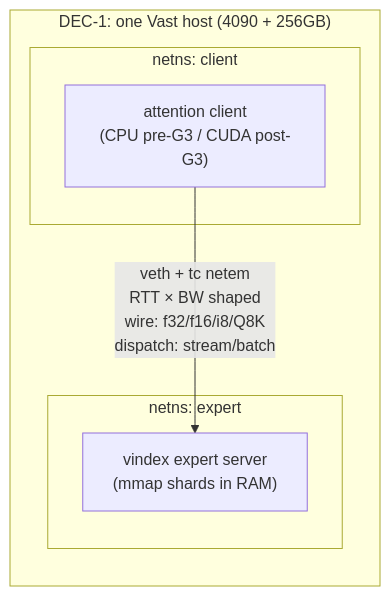
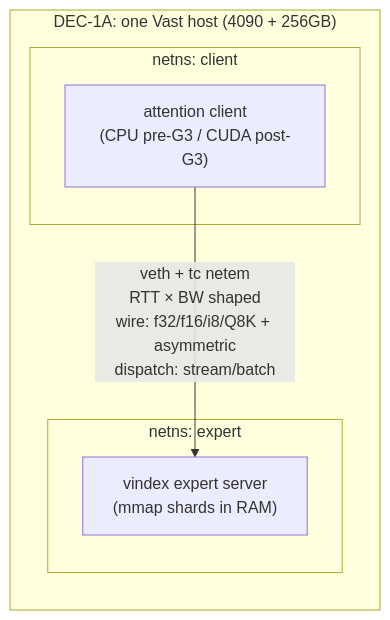
Before and after one commit to metavacua/larql-cli-cpu: the first of 2 diagrams in docs/dec-funnel.md, drawn with Mermaid. The commit also changed other lines of this file, not shown here.

First line of the commit message:
docs(dec): funnel v0.5 — DEC-1A/1B split, DEC-CV, M-ladder, N-at-SLO capacity tables

````diff
--- a/docs/dec-funnel.md
+++ b/docs/dec-funnel.md
@@ -192,12 +205,12 @@
 ```mermaid
 flowchart LR
-  subgraph host["DEC-1: one Vast host (4090 + 256GB)"]
+  subgraph host["DEC-1A: one Vast host (4090 + 256GB)"]
     subgraph nsA["netns: client"]
       A["attention client\n(CPU pre-G3 / CUDA post-G3)"]
     end
     subgraph nsB["netns: expert"]
       E["vindex expert server\n(mmap shards in RAM)"]
     end
-    A -- "veth + tc netem\nRTT × BW shaped\nwire: f32/f16/i8/Q8K\ndispatch: stream/batch" --> E
+    A -- "veth + tc netem\nRTT × BW shaped\nwire: f32/f16/i8/Q8K + asymmetric\ndispatch: stream/batch" --> E
   end
 ```
````
